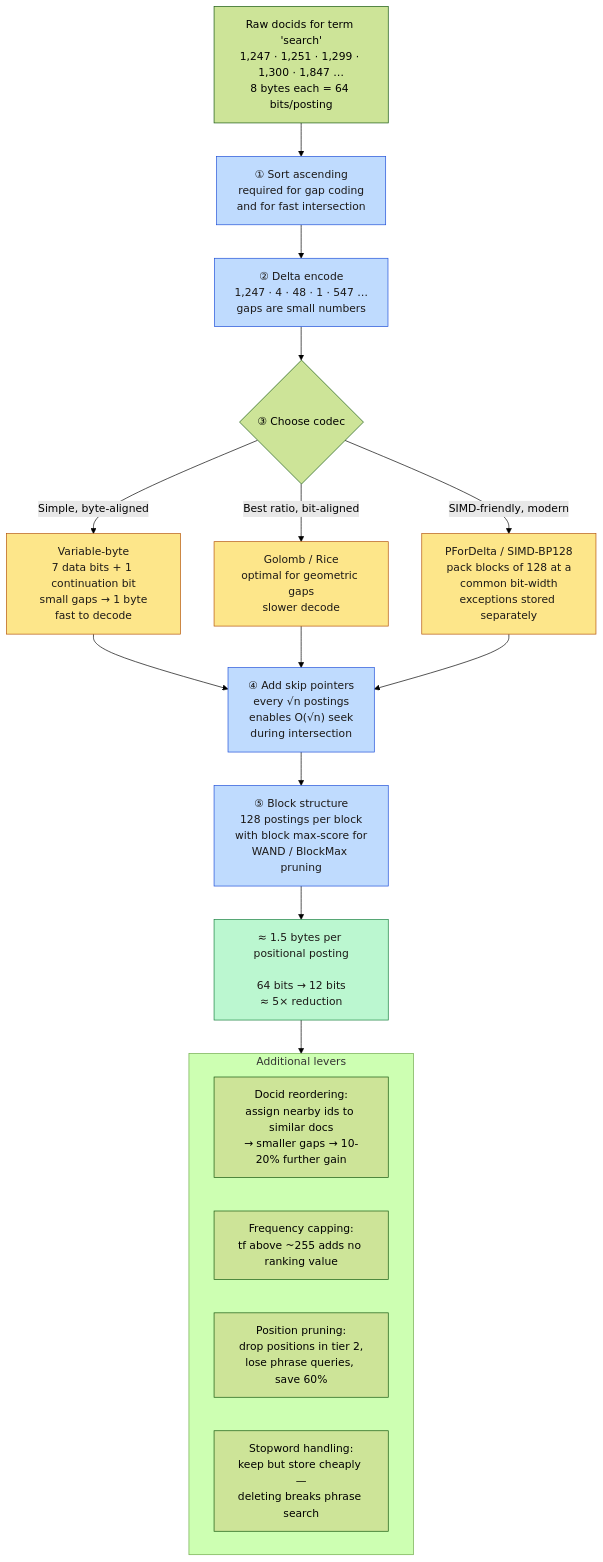
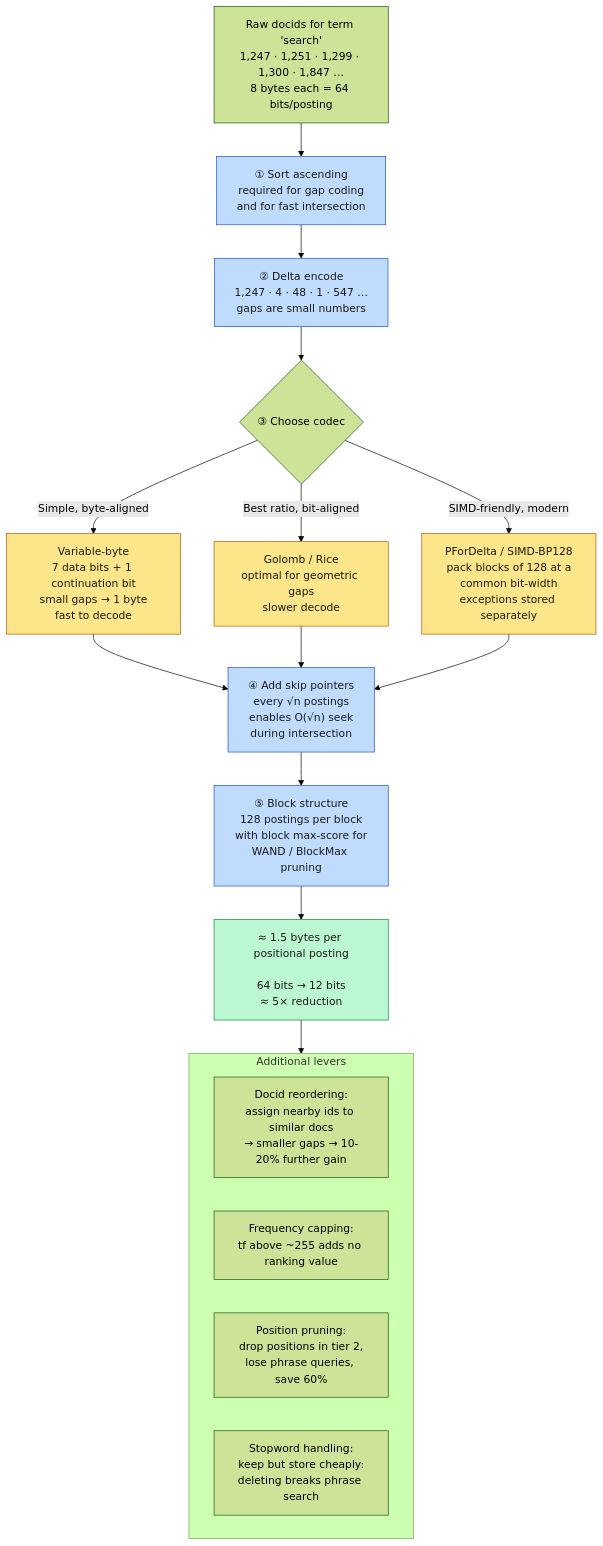
One commit to ahmedselimmansor-ctrl/google-search-system-design changed the second of 7 diagrams in docs/en/06-indexing.md. Above: the diagram before and after it, drawn with Mermaid (forest theme). The commit also changed other lines of this file and 89 other files, not shown here.

````diff
--- a/docs/en/06-indexing.md
+++ b/docs/en/06-indexing.md
@@ -85,35 +85,35 @@
 ```mermaid
 flowchart TB
     RAW["Raw docids for term 'search'<br/>1,247 · 1,251 · 1,299 · 1,300 · 1,847 …<br/>8 bytes each = 64 bits/posting"]
 
     RAW --> SORT["① Sort ascending<br/>required for gap coding<br/>and for fast intersection"]
     SORT --> DELTA["② Delta encode<br/>1,247 · 4 · 48 · 1 · 547 …<br/>gaps are small numbers"]
 
     DELTA --> CHOICE{"③ Choose codec"}
 
     CHOICE -->|"Simple, byte-aligned"| VB["Variable-byte<br/>7 data bits + 1 continuation bit<br/>small gaps → 1 byte<br/>fast to decode"]
     CHOICE -->|"Best ratio, bit-aligned"| GOL["Golomb / Rice<br/>optimal for geometric gaps<br/>slower decode"]
     CHOICE -->|"SIMD-friendly, modern"| PFOR["PForDelta / SIMD-BP128<br/>pack blocks of 128 at a<br/>common bit-width<br/>exceptions stored separately"]
 
     VB & GOL & PFOR --> SKIP["④ Add skip pointers<br/>every √n postings<br/>enables O(√n) seek<br/>during intersection"]
 
     SKIP --> BLOCK["⑤ Block structure<br/>128 postings per block<br/>with block max-score for<br/>WAND / BlockMax pruning"]
 
     BLOCK --> OUT["≈ 1.5 bytes per positional posting<br/><br/>64 bits → 12 bits<br/>≈ 5× reduction"]
 
     subgraph EXTRA["Additional levers"]
         E1["Docid reordering:<br/>assign nearby ids to similar docs<br/>→ smaller gaps → 10-20% further gain"]
         E2["Frequency capping:<br/>tf above ~255 adds no ranking value"]
         E3["Position pruning:<br/>drop positions in tier 2,<br/>lose phrase queries, save 60%"]
-        E4["Stopword handling:<br/>keep but store cheaply —<br/>deleting breaks phrase search"]
+        E4["Stopword handling:<br/>keep but store cheaply:<br/>deleting breaks phrase search"]
     end
 
     OUT --> EXTRA
 
     classDef step fill:#bfdbfe,stroke:#1d4ed8,color:#1c1917
     classDef codec fill:#fde68a,stroke:#b45309,color:#1c1917
     classDef win fill:#bbf7d0,stroke:#15803d,color:#1c1917
     class SORT,DELTA,SKIP,BLOCK step
     class VB,GOL,PFOR codec
     class OUT win
 ```
````
